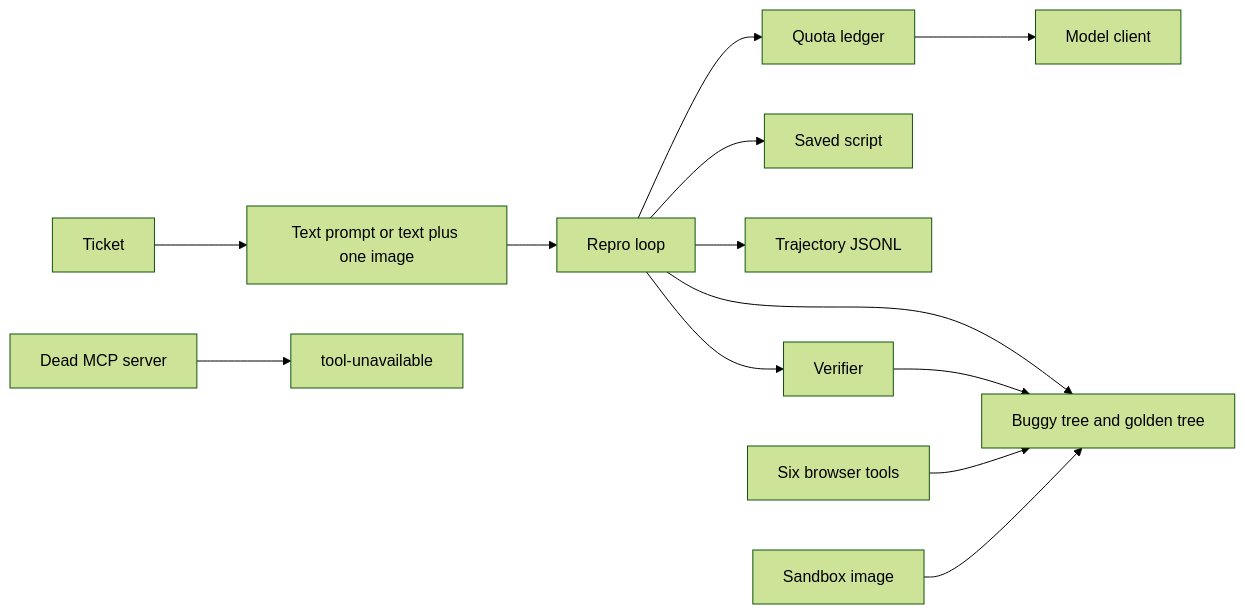
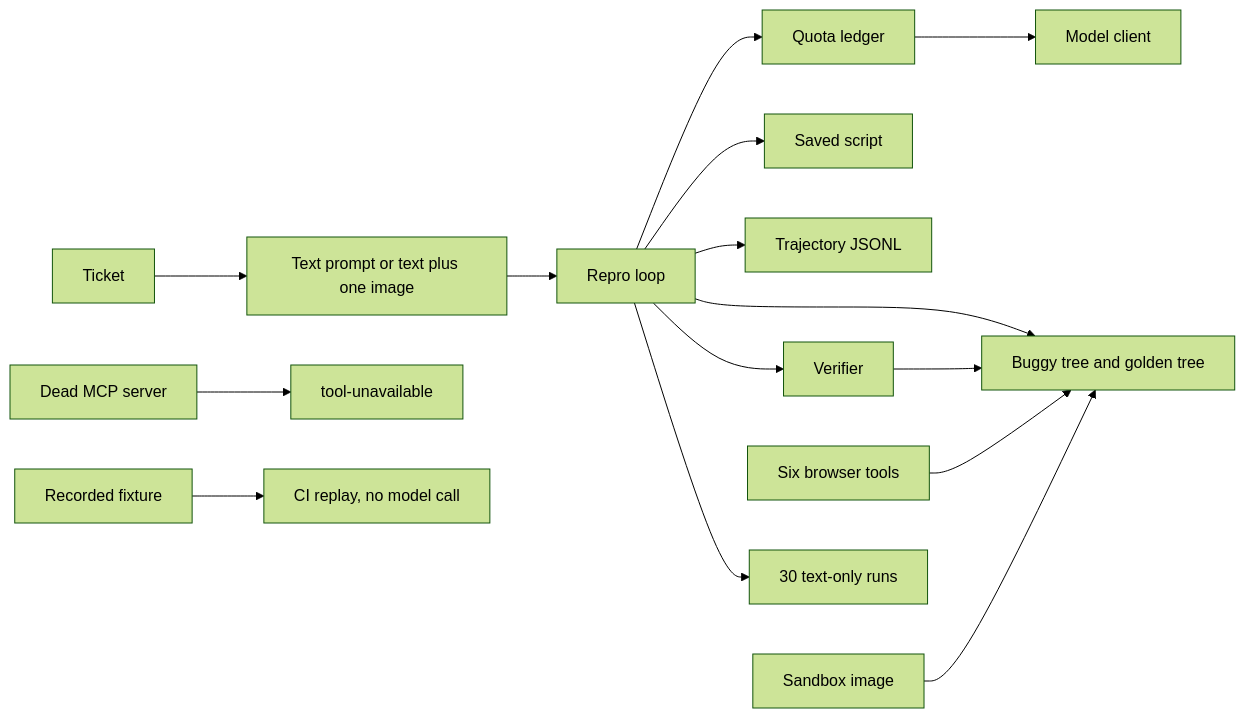
One commit to vibhu-0511/argus changed the second of 2 diagrams in docs/architecture/p1.md. Above: the diagram before and after it, drawn with Mermaid (forest theme). The commit also changed other lines of this file and 101 other files, not shown here.

First line of the commit message:
Add fixture replay, the text-only batch, and two break-it cases.

````diff
--- a/docs/architecture/p1.md
+++ b/docs/architecture/p1.md
@@ -65,15 +65,17 @@
 ```mermaid
 flowchart LR
   ticket[Ticket] --> prompt[Text prompt or text plus one image]
   prompt --> loop[Repro loop]
   loop --> ledger[Quota ledger]
   ledger --> model[Model client]
   loop --> trees[Buggy tree and golden tree]
   loop --> script[Saved script]
   loop --> traj[Trajectory JSONL]
   loop --> verdict[Verifier]
   verdict --> trees
   tools[Six browser tools] --> trees
   sandbox[Sandbox image] --> trees
   dead[Dead MCP server] --> stop[tool-unavailable]
+  loop --> batch[30 text-only runs]
+  fixture[Recorded fixture] --> replay[CI replay, no model call]
 ```
````
